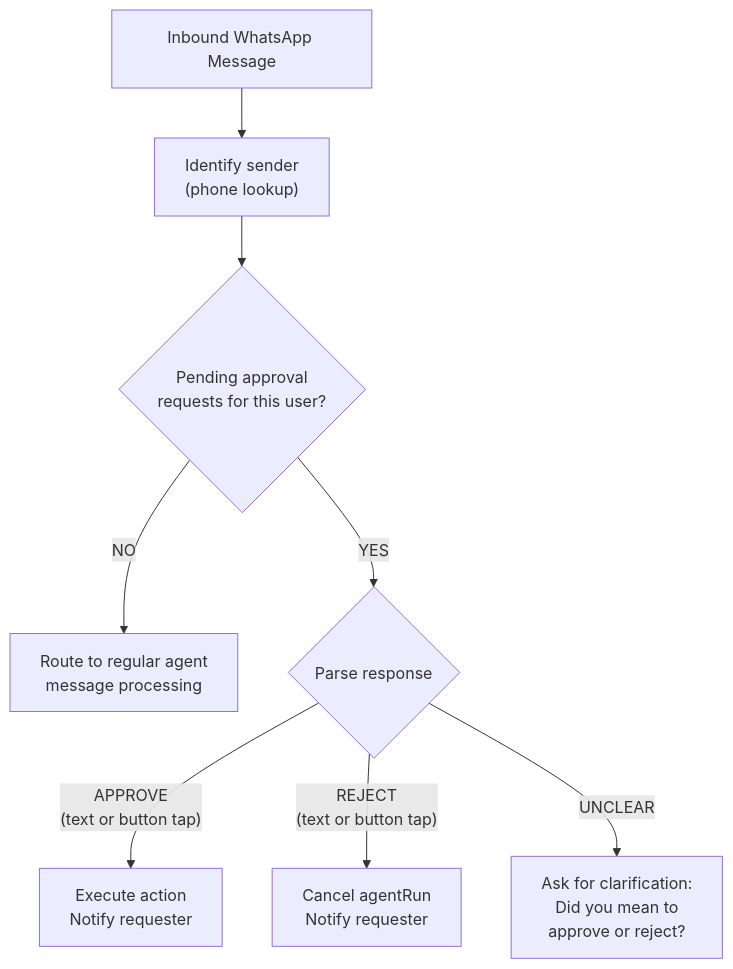
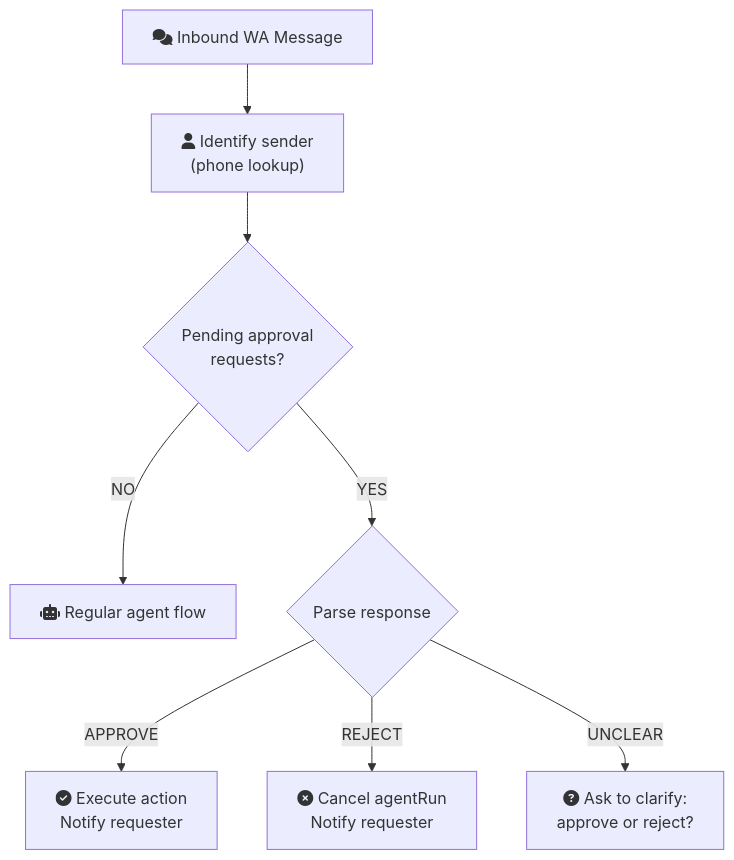
Before and after one commit to alilibx/ecqo: the second of 3 diagrams in docs/flows/agent-runtime.md, drawn with Mermaid. The commit also changed other lines of this file and 23 other files, not shown here.

````diff
--- a/docs/flows/agent-runtime.md
+++ b/docs/flows/agent-runtime.md
@@ -102,10 +97,10 @@
 ```mermaid
 flowchart TD
-    A["Inbound WhatsApp Message"] --> B["Identify sender<br/>(phone lookup)"]
-    B --> C{"Pending approval<br/>requests for this user?"}
-    C -- NO --> D["Route to regular agent<br/>message processing"]
+    A["fa:fa-comments Inbound WA Message"] --> B["fa:fa-user Identify sender<br/>(phone lookup)"]
+    B --> C{"Pending approval<br/>requests?"}
+    C -- NO --> D["fa:fa-robot Regular agent flow"]
     C -- YES --> E{"Parse response"}
-    E -- "APPROVE<br/>(text or button tap)" --> F["Execute action<br/>Notify requester"]
-    E -- "REJECT<br/>(text or button tap)" --> G["Cancel agentRun<br/>Notify requester"]
-    E -- UNCLEAR --> H["Ask for clarification:<br/>Did you mean to<br/>approve or reject?"]
+    E -- APPROVE --> F["fa:fa-circle-check Execute action<br/>Notify requester"]
+    E -- REJECT --> G["fa:fa-circle-xmark Cancel agentRun<br/>Notify requester"]
+    E -- UNCLEAR --> H["fa:fa-circle-question Ask to clarify:<br/>approve or reject?"]
 ```
````
